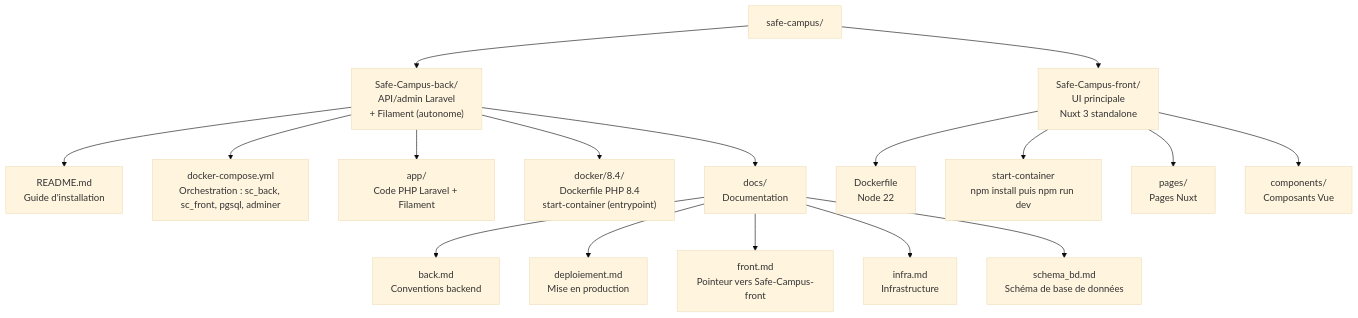
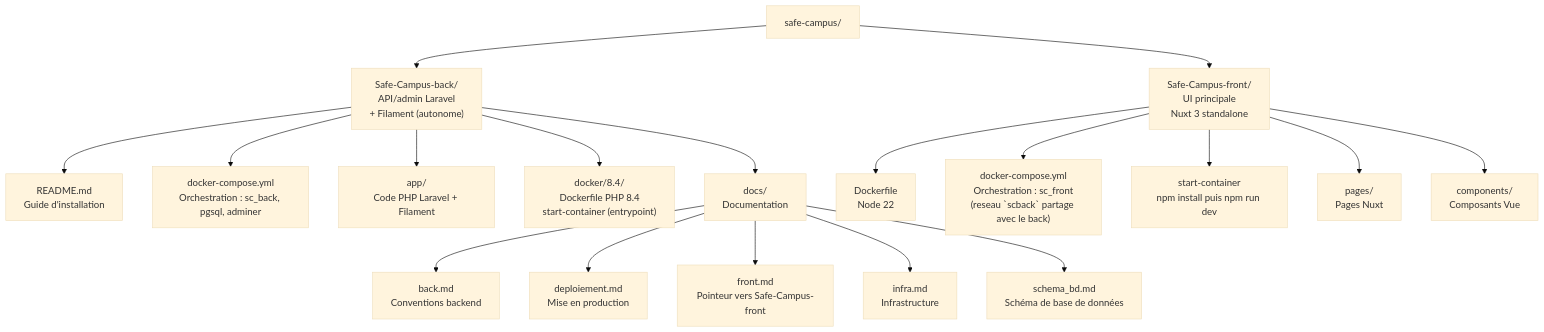
One commit to S-T-L/Safe-Campus-back changed the diagram in README.md. Above: the diagram before and after it, drawn with Mermaid (base theme). The commit also changed other lines of this file and 4 other files, not shown here.

````diff
--- a/README.md
+++ b/README.md
@@ -284,24 +284,25 @@
 ```mermaid
 graph TD
     root["safe-campus/"]
 
     root --> scback["Safe-Campus-back/\nAPI/admin Laravel\n+ Filament (autonome)"]
     root --> scfront["Safe-Campus-front/\nUI principale\nNuxt 3 standalone"]
 
     scback --> readme["README.md\nGuide d'installation"]
-    scback --> dc["docker-compose.yml\nOrchestration : sc_back, sc_front, pgsql, adminer"]
+    scback --> dc["docker-compose.yml\nOrchestration : sc_back, pgsql, adminer"]
     scback --> app["app/\nCode PHP Laravel + Filament"]
     scback --> docker["docker/8.4/\nDockerfile PHP 8.4\nstart-container (entrypoint)"]
     scback --> docs["docs/\nDocumentation"]
 
     docs --> back["back.md\nConventions backend"]
     docs --> deploy["deploiement.md\nMise en production"]
     docs --> front["front.md\nPointeur vers Safe-Campus-front"]
     docs --> infra["infra.md\nInfrastructure"]
     docs --> schema["schema_bd.md\nSchéma de base de données"]
 
     scfront --> fdockerfile["Dockerfile\nNode 22"]
+    scfront --> fdc["docker-compose.yml\nOrchestration : sc_front\n(reseau `scback` partage avec le back)"]
     scfront --> fstart["start-container\nnpm install puis npm run dev"]
     scfront --> pages["pages/\nPages Nuxt"]
     scfront --> components["components/\nComposants Vue"]
 ```
````
